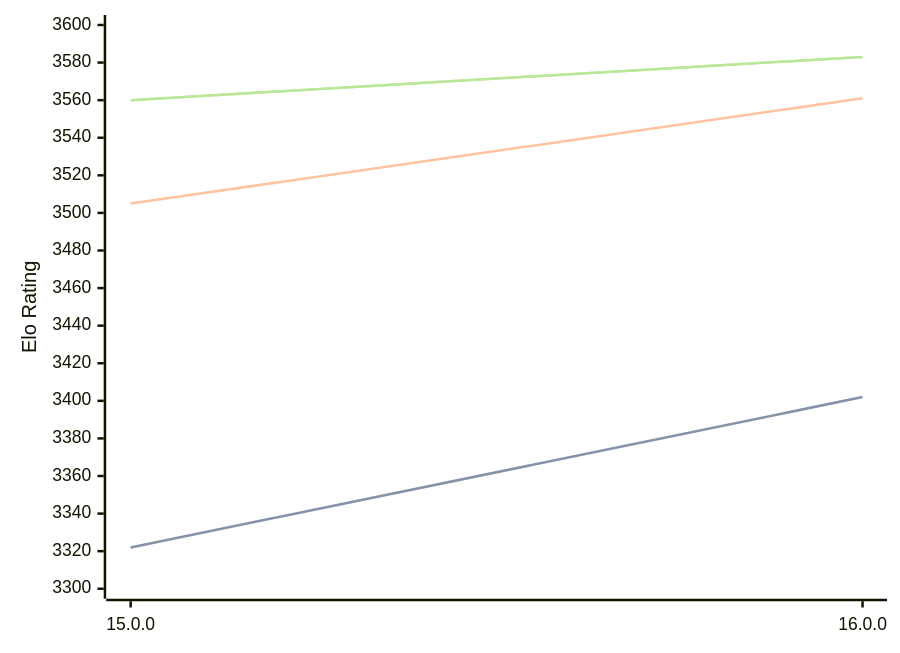
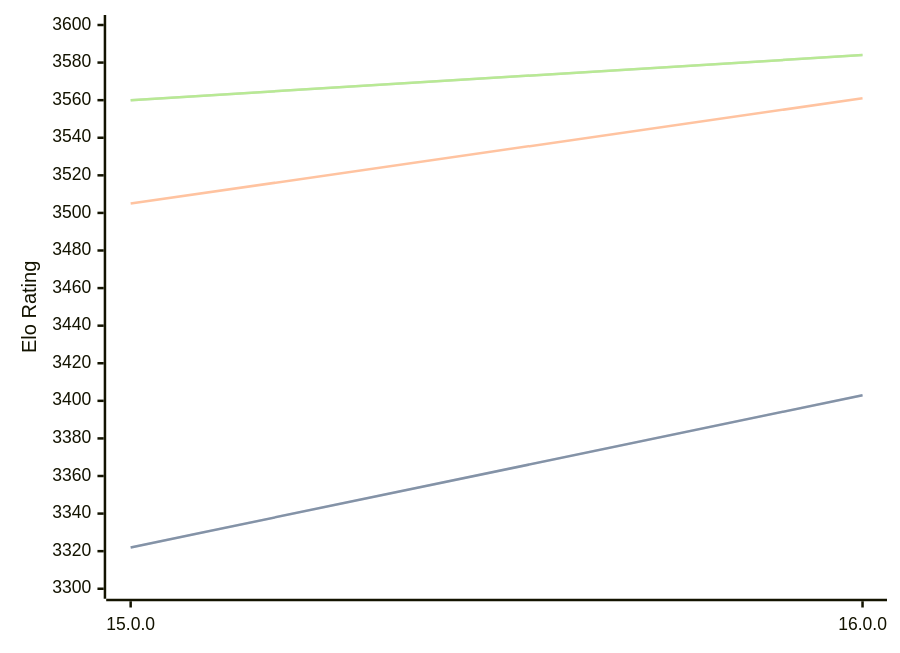
Before and after one commit to computer-chess-index/cci: the diagram in engines/Halogen.md, drawn with Mermaid. The commit also changed other lines of this file, not shown here.

Commit message:
Update CCI Ratings (ELO VLTC) - 2026-03-18

````diff
--- a/engines/Halogen.md
+++ b/engines/Halogen.md
@@ -48,11 +48,11 @@
 ```mermaid
 %%{init: {"theme":"base","themeVariables":{"seriesColors:['#a3a3a3','#222221','#faa371']}}}%%
 xychart-beta
   x-axis ["15.0.0", "16.0.0"]
   y-axis "Elo Rating" 3300 --> 3600
-  line "STC (8.0+0.08s)" [3322, 3402]
-  line "STC (8.0+0.08s)" [3322, 3402]
+  line "STC (8.0+0.08s)" [3322, 3403]
+  line "STC (8.0+0.08s)" [3322, 3403]
   line "LTC (60.0+0.60s)" [3505, 3561]
-  line "VLTC (2m24s+1.12s)" [3560, 3583]
-  line "VLTC (2m24s+1.12s)" [3560, 3583]
+  line "VLTC (2m24s+1.12s)" [3560, 3584]
+  line "VLTC (2m24s+1.12s)" [3560, 3584]
 ```
````
